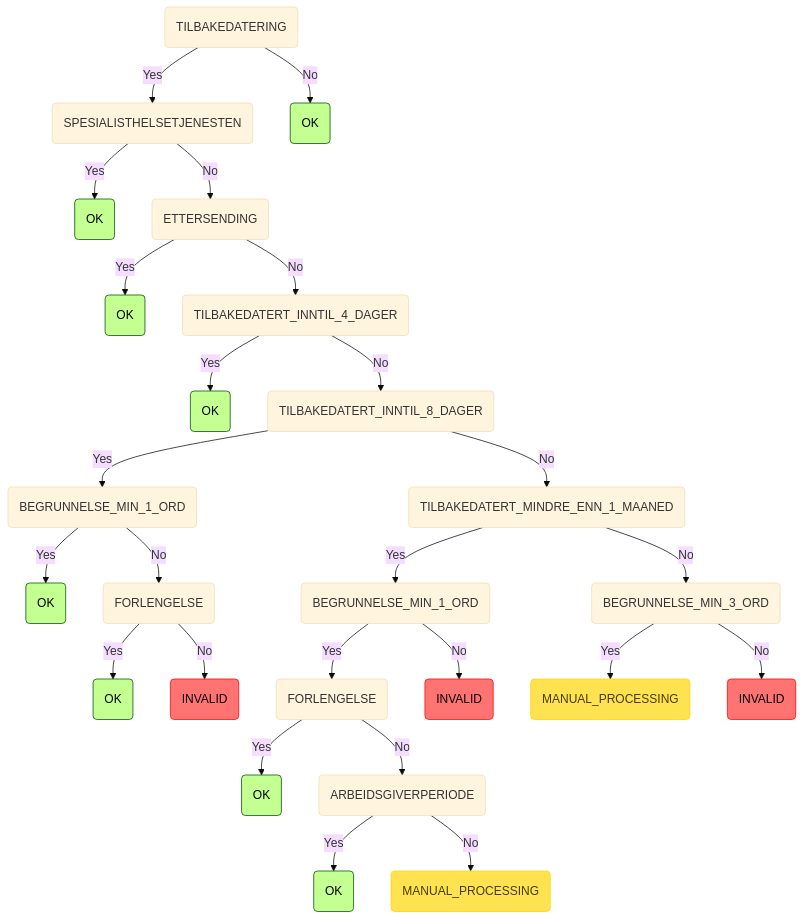
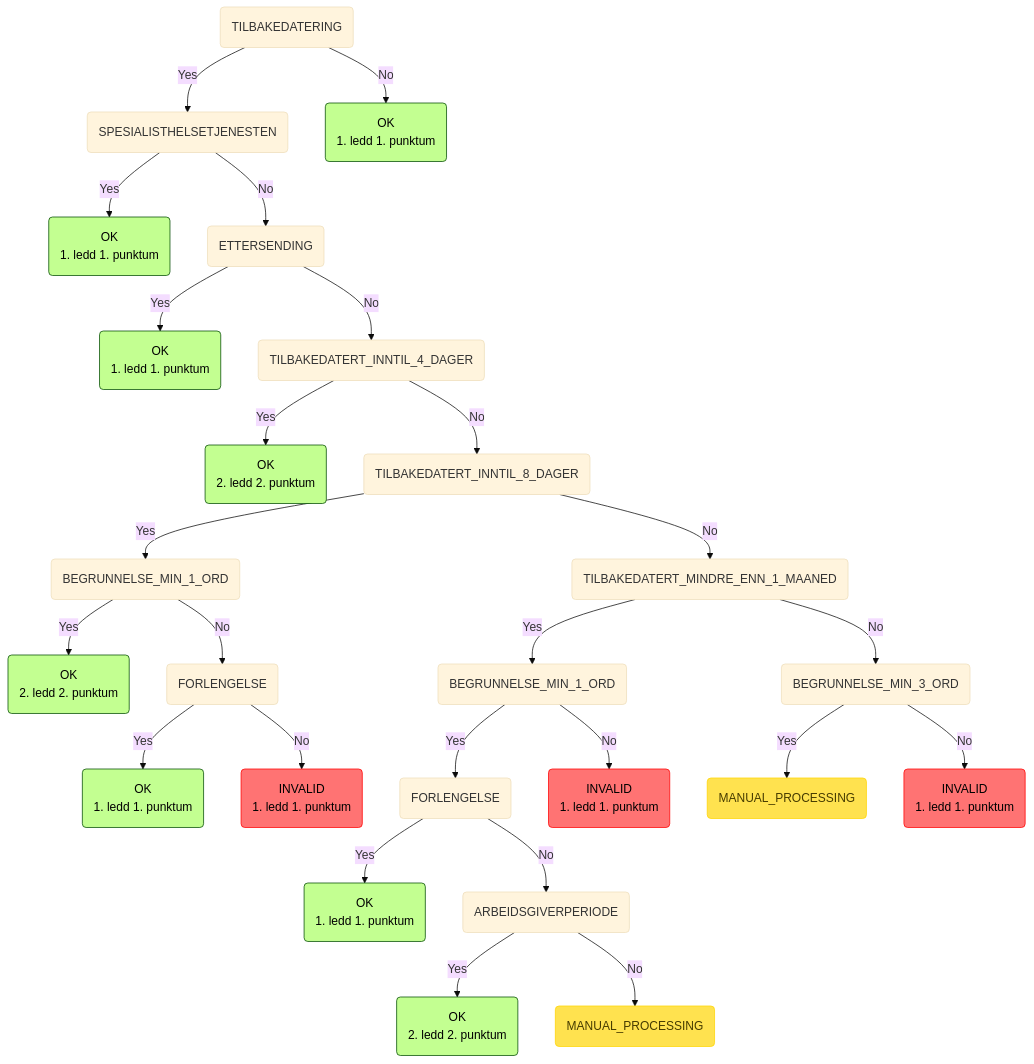
The ninth of 9 diagrams in README.md (navikt/syfosmregler), drawn with Mermaid (base theme) before and after one commit. The commit also changed other lines of this file and 1 other file, not shown here.

````diff
--- a/README.md
+++ b/README.md
@@ -255,30 +299,38 @@
 ```mermaid
 graph TD
     root(TILBAKEDATERING) -->|Yes| root_TILBAKEDATERING_SPESIALISTHELSETJENESTEN(SPESIALISTHELSETJENESTEN)
-    root_TILBAKEDATERING_SPESIALISTHELSETJENESTEN(SPESIALISTHELSETJENESTEN) -->|Yes| root_TILBAKEDATERING_SPESIALISTHELSETJENESTEN_OK(OK):::ok
+    root_TILBAKEDATERING_SPESIALISTHELSETJENESTEN(SPESIALISTHELSETJENESTEN) -->|Yes| root_TILBAKEDATERING_SPESIALISTHELSETJENESTEN_OK(OK
+1. ledd 1. punktum):::ok
     root_TILBAKEDATERING_SPESIALISTHELSETJENESTEN(SPESIALISTHELSETJENESTEN) -->|No| root_TILBAKEDATERING_SPESIALISTHELSETJENESTEN_ETTERSENDING(ETTERSENDING)
-    root_TILBAKEDATERING_SPESIALISTHELSETJENESTEN_ETTERSENDING(ETTERSENDING) -->|Yes| root_TILBAKEDATERING_SPESIALISTHELSETJENESTEN_ETTERSENDING_OK(OK):::ok
+    root_TILBAKEDATERING_SPESIALISTHELSETJENESTEN_ETTERSENDING(ETTERSENDING) -->|Yes| root_TILBAKEDATERING_SPESIALISTHELSETJENESTEN_ETTERSENDING_OK(OK
+1. ledd 1. punktum):::ok
     root_TILBAKEDATERING_SPESIALISTHELSETJENESTEN_ETTERSENDING(ETTERSENDING) -->|No| root_TILBAKEDATERING_SPESIALISTHELSETJENESTEN_ETTERSENDING_TILBAKEDATERT_INNTIL_4_DAGER(TILBAKEDATERT_INNTIL_4_DAGER)
-    root_TILBAKEDATERING_SPESIALISTHELSETJENESTEN_ETTERSENDING_TILBAKEDATERT_INNTIL_4_DAGER(TILBAKEDATERT_INNTIL_4_DAGER) -->|Yes| root_TILBAKEDATERING_SPESIALISTHELSETJENESTEN_ETTERSENDING_TILBAKEDATERT_INNTIL_4_DAGER_OK(OK):::ok
+    root_TILBAKEDATERING_SPESIALISTHELSETJENESTEN_ETTERSENDING_TILBAKEDATERT_INNTIL_4_DAGER(TILBAKEDATERT_INNTIL_4_DAGER) -->|Yes| root_TILBAKEDATERING_SPESIALISTHELSETJENESTEN_ETTERSENDING_TILBAKEDATERT_INNTIL_4_DAGER_OK(OK
+2. ledd 2. punktum):::ok
     root_TILBAKEDATERING_SPESIALISTHELSETJENESTEN_ETTERSENDING_TILBAKEDATERT_INNTIL_4_DAGER(TILBAKEDATERT_INNTIL_4_DAGER) -->|No| root_TILBAKEDATERING_SPESIALISTHELSETJENESTEN_ETTERSENDING_TILBAKEDATERT_INNTIL_4_DAGER_TILBAKEDATERT_INNTIL_8_DAGER(TILBAKEDATERT_INNTIL_8_DAGER)
     root_TILBAKEDATERING_SPESIALISTHELSETJENESTEN_ETTERSENDING_TILBAKEDATERT_INNTIL_4_DAGER_TILBAKEDATERT_INNTIL_8_DAGER(TILBAKEDATERT_INNTIL_8_DAGER) -->|Yes| root_TILBAKEDATERING_SPESIALISTHELSETJENESTEN_ETTERSENDING_TILBAKEDATERT_INNTIL_4_DAGER_TILBAKEDATERT_INNTIL_8_DAGER_BEGRUNNELSE_MIN_1_ORD(BEGRUNNELSE_MIN_1_ORD)
-    root_TILBAKEDATERING_SPESIALISTHELSETJENESTEN_ETTERSENDING_TILBAKEDATERT_INNTIL_4_DAGER_TILBAKEDATERT_INNTIL_8_DAGER_BEGRUNNELSE_MIN_1_ORD(BEGRUNNELSE_MIN_1_ORD) -->|Yes| root_TILBAKEDATERING_SPESIALISTHELSETJENESTEN_ETTERSENDING_TILBAKEDATERT_INNTIL_4_DAGER_TILBAKEDATERT_INNTIL_8_DAGER_BEGRUNNELSE_MIN_1_ORD_OK(OK):::ok
+    root_TILBAKEDATERING_SPESIALISTHELSETJENESTEN_ETTERSENDING_TILBAKEDATERT_INNTIL_4_DAGER_TILBAKEDATERT_INNTIL_8_DAGER_BEGRUNNELSE_MIN_1_ORD(BEGRUNNELSE_MIN_1_ORD) -->|Yes| root_TILBAKEDATERING_SPESIALISTHELSETJENESTEN_ETTERSENDING_TILBAKEDATERT_INNTIL_4_DAGER_TILBAKEDATERT_INNTIL_8_DAGER_BEGRUNNELSE_MIN_1_ORD_OK(OK
+2. ledd 2. punktum):::ok
     root_TILBAKEDATERING_SPESIALISTHELSETJENESTEN_ETTERSENDING_TILBAKEDATERT_INNTIL_4_DAGER_TILBAKEDATERT_INNTIL_8_DAGER_BEGRUNNELSE_MIN_1_ORD(BEGRUNNELSE_MIN_1_ORD) -->|No| root_TILBAKEDATERING_SPESIALISTHELSETJENESTEN_ETTERSENDING_TILBAKEDATERT_INNTIL_4_DAGER_TILBAKEDATERT_INNTIL_8_DAGER_BEGRUNNELSE_MIN_1_ORD_FORLENGELSE(FORLENGELSE)
-    root_TILBAKEDATERING_SPESIALISTHELSETJENESTEN_ETTERSENDING_TILBAKEDATERT_INNTIL_4_DAGER_TILBAKEDATERT_INNTIL_8_DAGER_BEGRUNNELSE_MIN_1_ORD_FORLENGELSE(FORLENGELSE) -->|Yes| root_TILBAKEDATERING_SPESIALISTHELSETJENESTEN_ETTERSENDING_TILBAKEDATERT_INNTIL_4_DAGER_TILBAKEDATERT_INNTIL_8_DAGER_BEGRUNNELSE_MIN_1_ORD_FORLENGELSE_OK(OK):::ok
-    root_TILBAKEDATERING_SPESIALISTHELSETJENESTEN_ETTERSENDING_TILBAKEDATERT_INNTIL_4_DAGER_TILBAKEDATERT_INNTIL_8_DAGER_BEGRUNNELSE_MIN_1_ORD_FORLENGELSE(FORLENGELSE) -->|No| root_TILBAKEDATERING_SPESIALISTHELSETJENESTEN_ETTERSENDING_TILBAKEDATERT_INNTIL_4_DAGER_TILBAKEDATERT_INNTIL_8_DAGER_BEGRUNNELSE_MIN_1_ORD_FORLENGELSE_INVALID(INVALID):::invalid
+    root_TILBAKEDATERING_SPESIALISTHELSETJENESTEN_ETTERSENDING_TILBAKEDATERT_INNTIL_4_DAGER_TILBAKEDATERT_INNTIL_8_DAGER_BEGRUNNELSE_MIN_1_ORD_FORLENGELSE(FORLENGELSE) -->|Yes| root_TILBAKEDATERING_SPESIALISTHELSETJENESTEN_ETTERSENDING_TILBAKEDATERT_INNTIL_4_DAGER_TILBAKEDATERT_INNTIL_8_DAGER_BEGRUNNELSE_MIN_1_ORD_FORLENGELSE_OK(OK
+1. ledd 1. punktum):::ok
+    root_TILBAKEDATERING_SPESIALISTHELSETJENESTEN_ETTERSENDING_TILBAKEDATERT_INNTIL_4_DAGER_TILBAKEDATERT_INNTIL_8_DAGER_BEGRUNNELSE_MIN_1_ORD_FORLENGELSE(FORLENGELSE) -->|No| root_TILBAKEDATERING_SPESIALISTHELSETJENESTEN_ETTERSENDING_TILBAKEDATERT_INNTIL_4_DAGER_TILBAKEDATERT_INNTIL_8_DAGER_BEGRUNNELSE_MIN_1_ORD_FORLENGELSE_INVALID(INVALID <br/>1. ledd 1. punktum):::invalid
     root_TILBAKEDATERING_SPESIALISTHELSETJENESTEN_ETTERSENDING_TILBAKEDATERT_INNTIL_4_DAGER_TILBAKEDATERT_INNTIL_8_DAGER(TILBAKEDATERT_INNTIL_8_DAGER) -->|No| root_TILBAKEDATERING_SPESIALISTHELSETJENESTEN_ETTERSENDING_TILBAKEDATERT_INNTIL_4_DAGER_TILBAKEDATERT_INNTIL_8_DAGER_TILBAKEDATERT_MINDRE_ENN_1_MAANED(TILBAKEDATERT_MINDRE_ENN_1_MAANED)
     root_TILBAKEDATERING_SPESIALISTHELSETJENESTEN_ETTERSENDING_TILBAKEDATERT_INNTIL_4_DAGER_TILBAKEDATERT_INNTIL_8_DAGER_TILBAKEDATERT_MINDRE_ENN_1_MAANED(TILBAKEDATERT_MINDRE_ENN_1_MAANED) -->|Yes| root_TILBAKEDATERING_SPESIALISTHELSETJENESTEN_ETTERSENDING_TILBAKEDATERT_INNTIL_4_DAGER_TILBAKEDATERT_INNTIL_8_DAGER_TILBAKEDATERT_MINDRE_ENN_1_MAANED_BEGRUNNELSE_MIN_1_ORD(BEGRUNNELSE_MIN_1_ORD)
     root_TILBAKEDATERING_SPESIALISTHELSETJENESTEN_ETTERSENDING_TILBAKEDATERT_INNTIL_4_DAGER_TILBAKEDATERT_INNTIL_8_DAGER_TILBAKEDATERT_MINDRE_ENN_1_MAANED_BEGRUNNELSE_MIN_1_ORD(BEGRUNNELSE_MIN_1_ORD) -->|Yes| root_TILBAKEDATERING_SPESIALISTHELSETJENESTEN_ETTERSENDING_TILBAKEDATERT_INNTIL_4_DAGER_TILBAKEDATERT_INNTIL_8_DAGER_TILBAKEDATERT_MINDRE_ENN_1_MAANED_BEGRUNNELSE_MIN_1_ORD_FORLENGELSE(FORLENGELSE)
-    root_TILBAKEDATERING_SPESIALISTHELSETJENESTEN_ETTERSENDING_TILBAKEDATERT_INNTIL_4_DAGER_TILBAKEDATERT_INNTIL_8_DAGER_TILBAKEDATERT_MINDRE_ENN_1_MAANED_BEGRUNNELSE_MIN_1_ORD_FORLENGELSE(FORLENGELSE) -->|Yes| root_TILBAKEDATERING_SPESIALISTHELSETJENESTEN_ETTERSENDING_TILBAKEDATERT_INNTIL_4_DAGER_TILBAKEDATERT_INNTIL_8_DAGER_TILBAKEDATERT_MINDRE_ENN_1_MAANED_BEGRUNNELSE_MIN_1_ORD_FORLENGELSE_OK(OK):::ok
+    root_TILBAKEDATERING_SPESIALISTHELSETJENESTEN_ETTERSENDING_TILBAKEDATERT_INNTIL_4_DAGER_TILBAKEDATERT_INNTIL_8_DAGER_TILBAKEDATERT_MINDRE_ENN_1_MAANED_BEGRUNNELSE_MIN_1_ORD_FORLENGELSE(FORLENGELSE) -->|Yes| root_TILBAKEDATERING_SPESIALISTHELSETJENESTEN_ETTERSENDING_TILBAKEDATERT_INNTIL_4_DAGER_TILBAKEDATERT_INNTIL_8_DAGER_TILBAKEDATERT_MINDRE_ENN_1_MAANED_BEGRUNNELSE_MIN_1_ORD_FORLENGELSE_OK(OK
+1. ledd 1. punktum):::ok
     root_TILBAKEDATERING_SPESIALISTHELSETJENESTEN_ETTERSENDING_TILBAKEDATERT_INNTIL_4_DAGER_TILBAKEDATERT_INNTIL_8_DAGER_TILBAKEDATERT_MINDRE_ENN_1_MAANED_BEGRUNNELSE_MIN_1_ORD_FORLENGELSE(FORLENGELSE) -->|No| root_TILBAKEDATERING_SPESIALISTHELSETJENESTEN_ETTERSENDING_TILBAKEDATERT_INNTIL_4_DAGER_TILBAKEDATERT_INNTIL_8_DAGER_TILBAKEDATERT_MINDRE_ENN_1_MAANED_BEGRUNNELSE_MIN_1_ORD_FORLENGELSE_ARBEIDSGIVERPERIODE(ARBEIDSGIVERPERIODE)
-    root_TILBAKEDATERING_SPESIALISTHELSETJENESTEN_ETTERSENDING_TILBAKEDATERT_INNTIL_4_DAGER_TILBAKEDATERT_INNTIL_8_DAGER_TILBAKEDATERT_MINDRE_ENN_1_MAANED_BEGRUNNELSE_MIN_1_ORD_FORLENGELSE_ARBEIDSGIVERPERIODE(ARBEIDSGIVERPERIODE) -->|Yes| root_TILBAKEDATERING_SPESIALISTHELSETJENESTEN_ETTERSENDING_TILBAKEDATERT_INNTIL_4_DAGER_TILBAKEDATERT_INNTIL_8_DAGER_TILBAKEDATERT_MINDRE_ENN_1_MAANED_BEGRUNNELSE_MIN_1_ORD_FORLENGELSE_ARBEIDSGIVERPERIODE_OK(OK):::ok
-    root_TILBAKEDATERING_SPESIALISTHELSETJENESTEN_ETTERSENDING_TILBAKEDATERT_INNTIL_4_DAGER_TILBAKEDATERT_INNTIL_8_DAGER_TILBAKEDATERT_MINDRE_ENN_1_MAANED_BEGRUNNELSE_MIN_1_ORD_FORLENGELSE_ARBEIDSGIVERPERIODE(ARBEIDSGIVERPERIODE) -->|No| root_TILBAKEDATERING_SPESIALISTHELSETJENESTEN_ETTERSENDING_TILBAKEDATERT_INNTIL_4_DAGER_TILBAKEDATERT_INNTIL_8_DAGER_TILBAKEDATERT_MINDRE_ENN_1_MAANED_BEGRUNNELSE_MIN_1_ORD_FORLENGELSE_ARBEIDSGIVERPERIODE_MANUAL_PROCESSING(MANUAL_PROCESSING):::manuell
-    root_TILBAKEDATERING_SPESIALISTHELSETJENESTEN_ETTERSENDING_TILBAKEDATERT_INNTIL_4_DAGER_TILBAKEDATERT_INNTIL_8_DAGER_TILBAKEDATERT_MINDRE_ENN_1_MAANED_BEGRUNNELSE_MIN_1_ORD(BEGRUNNELSE_MIN_1_ORD) -->|No| root_TILBAKEDATERING_SPESIALISTHELSETJENESTEN_ETTERSENDING_TILBAKEDATERT_INNTIL_4_DAGER_TILBAKEDATERT_INNTIL_8_DAGER_TILBAKEDATERT_MINDRE_ENN_1_MAANED_BEGRUNNELSE_MIN_1_ORD_INVALID(INVALID):::invalid
+    root_TILBAKEDATERING_SPESIALISTHELSETJENESTEN_ETTERSENDING_TILBAKEDATERT_INNTIL_4_DAGER_TILBAKEDATERT_INNTIL_8_DAGER_TILBAKEDATERT_MINDRE_ENN_1_MAANED_BEGRUNNELSE_MIN_1_ORD_FORLENGELSE_ARBEIDSGIVERPERIODE(ARBEIDSGIVERPERIODE) -->|Yes| root_TILBAKEDATERING_SPESIALISTHELSETJENESTEN_ETTERSENDING_TILBAKEDATERT_INNTIL_4_DAGER_TILBAKEDATERT_INNTIL_8_DAGER_TILBAKEDATERT_MINDRE_ENN_1_MAANED_BEGRUNNELSE_MIN_1_ORD_FORLENGELSE_ARBEIDSGIVERPERIODE_OK(OK
+2. ledd 2. punktum):::ok
+    root_TILBAKEDATERING_SPESIALISTHELSETJENESTEN_ETTERSENDING_TILBAKEDATERT_INNTIL_4_DAGER_TILBAKEDATERT_INNTIL_8_DAGER_TILBAKEDATERT_MINDRE_ENN_1_MAANED_BEGRUNNELSE_MIN_1_ORD_FORLENGELSE_ARBEIDSGIVERPERIODE(ARBEIDSGIVERPERIODE) -->|No| root_TILBAKEDATERING_SPESIALISTHELSETJENESTEN_ETTERSENDING_TILBAKEDATERT_INNTIL_4_DAGER_TILBAKEDATERT_INNTIL_8_DAGER_TILBAKEDATERT_MINDRE_ENN_1_MAANED_BEGRUNNELSE_MIN_1_ORD_FORLENGELSE_ARBEIDSGIVERPERIODE_MANUAL_PROCESSING(MANUAL_PROCESSING <br/>):::manuell
+    root_TILBAKEDATERING_SPESIALISTHELSETJENESTEN_ETTERSENDING_TILBAKEDATERT_INNTIL_4_DAGER_TILBAKEDATERT_INNTIL_8_DAGER_TILBAKEDATERT_MINDRE_ENN_1_MAANED_BEGRUNNELSE_MIN_1_ORD(BEGRUNNELSE_MIN_1_ORD) -->|No| root_TILBAKEDATERING_SPESIALISTHELSETJENESTEN_ETTERSENDING_TILBAKEDATERT_INNTIL_4_DAGER_TILBAKEDATERT_INNTIL_8_DAGER_TILBAKEDATERT_MINDRE_ENN_1_MAANED_BEGRUNNELSE_MIN_1_ORD_INVALID(INVALID <br/>1. ledd 1. punktum):::invalid
     root_TILBAKEDATERING_SPESIALISTHELSETJENESTEN_ETTERSENDING_TILBAKEDATERT_INNTIL_4_DAGER_TILBAKEDATERT_INNTIL_8_DAGER_TILBAKEDATERT_MINDRE_ENN_1_MAANED(TILBAKEDATERT_MINDRE_ENN_1_MAANED) -->|No| root_TILBAKEDATERING_SPESIALISTHELSETJENESTEN_ETTERSENDING_TILBAKEDATERT_INNTIL_4_DAGER_TILBAKEDATERT_INNTIL_8_DAGER_TILBAKEDATERT_MINDRE_ENN_1_MAANED_BEGRUNNELSE_MIN_3_ORD(BEGRUNNELSE_MIN_3_ORD)
-    root_TILBAKEDATERING_SPESIALISTHELSETJENESTEN_ETTERSENDING_TILBAKEDATERT_INNTIL_4_DAGER_TILBAKEDATERT_INNTIL_8_DAGER_TILBAKEDATERT_MINDRE_ENN_1_MAANED_BEGRUNNELSE_MIN_3_ORD(BEGRUNNELSE_MIN_3_ORD) -->|Yes| root_TILBAKEDATERING_SPESIALISTHELSETJENESTEN_ETTERSENDING_TILBAKEDATERT_INNTIL_4_DAGER_TILBAKEDATERT_INNTIL_8_DAGER_TILBAKEDATERT_MINDRE_ENN_1_MAANED_BEGRUNNELSE_MIN_3_ORD_MANUAL_PROCESSING(MANUAL_PROCESSING):::manuell
-    root_TILBAKEDATERING_SPESIALISTHELSETJENESTEN_ETTERSENDING_TILBAKEDATERT_INNTIL_4_DAGER_TILBAKEDATERT_INNTIL_8_DAGER_TILBAKEDATERT_MINDRE_ENN_1_MAANED_BEGRUNNELSE_MIN_3_ORD(BEGRUNNELSE_MIN_3_ORD) -->|No| root_TILBAKEDATERING_SPESIALISTHELSETJENESTEN_ETTERSENDING_TILBAKEDATERT_INNTIL_4_DAGER_TILBAKEDATERT_INNTIL_8_DAGER_TILBAKEDATERT_MINDRE_ENN_1_MAANED_BEGRUNNELSE_MIN_3_ORD_INVALID(INVALID):::invalid
-    root(TILBAKEDATERING) -->|No| root_TILBAKEDATERING_OK(OK):::ok
+    root_TILBAKEDATERING_SPESIALISTHELSETJENESTEN_ETTERSENDING_TILBAKEDATERT_INNTIL_4_DAGER_TILBAKEDATERT_INNTIL_8_DAGER_TILBAKEDATERT_MINDRE_ENN_1_MAANED_BEGRUNNELSE_MIN_3_ORD(BEGRUNNELSE_MIN_3_ORD) -->|Yes| root_TILBAKEDATERING_SPESIALISTHELSETJENESTEN_ETTERSENDING_TILBAKEDATERT_INNTIL_4_DAGER_TILBAKEDATERT_INNTIL_8_DAGER_TILBAKEDATERT_MINDRE_ENN_1_MAANED_BEGRUNNELSE_MIN_3_ORD_MANUAL_PROCESSING(MANUAL_PROCESSING
+):::manuell
+    root_TILBAKEDATERING_SPESIALISTHELSETJENESTEN_ETTERSENDING_TILBAKEDATERT_INNTIL_4_DAGER_TILBAKEDATERT_INNTIL_8_DAGER_TILBAKEDATERT_MINDRE_ENN_1_MAANED_BEGRUNNELSE_MIN_3_ORD(BEGRUNNELSE_MIN_3_ORD) -->|No| root_TILBAKEDATERING_SPESIALISTHELSETJENESTEN_ETTERSENDING_TILBAKEDATERT_INNTIL_4_DAGER_TILBAKEDATERT_INNTIL_8_DAGER_TILBAKEDATERT_MINDRE_ENN_1_MAANED_BEGRUNNELSE_MIN_3_ORD_INVALID(INVALID <br/>1. ledd 1. punktum):::invalid
+    root(TILBAKEDATERING) -->|No| root_TILBAKEDATERING_OK(OK <br/>1. ledd 1. punktum):::ok
     classDef ok fill:#c3ff91,stroke:#004a00,color: black;
     classDef invalid fill:#ff7373,stroke:#ff0000,color: black;
     classDef manuell fill:#ffe24f,stroke:#ffd500,color: #473c00;
 ```
````
